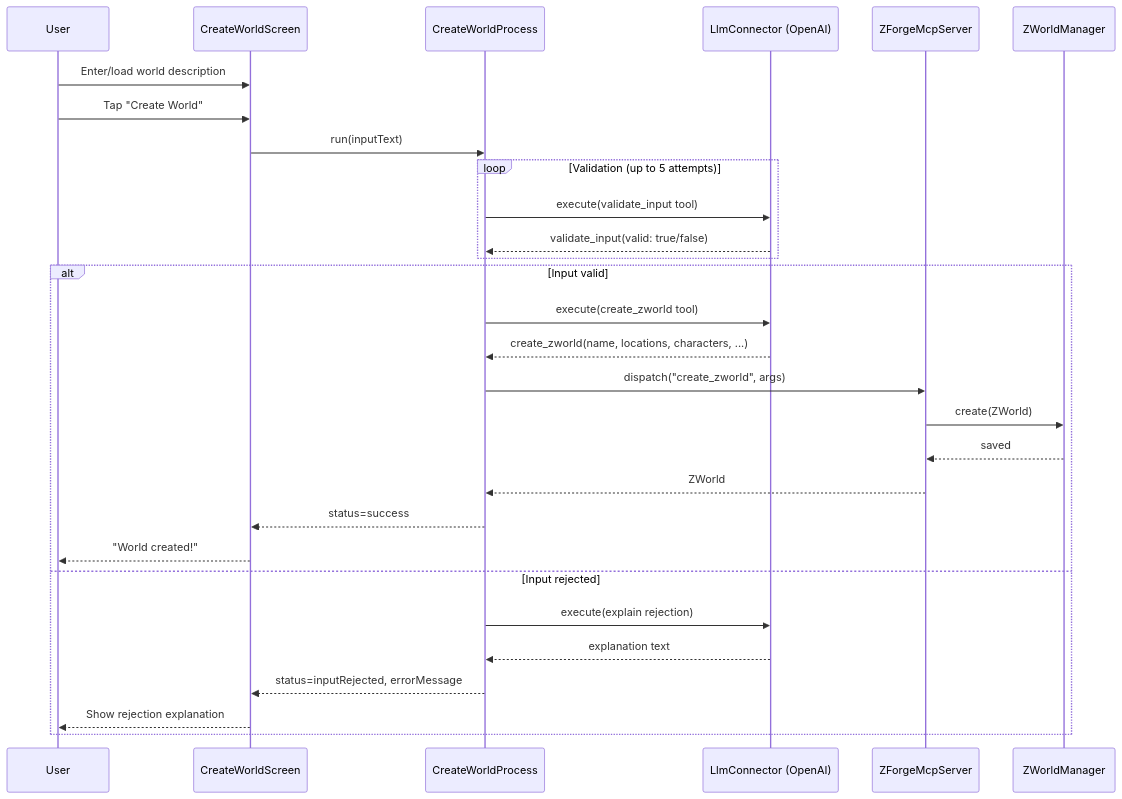
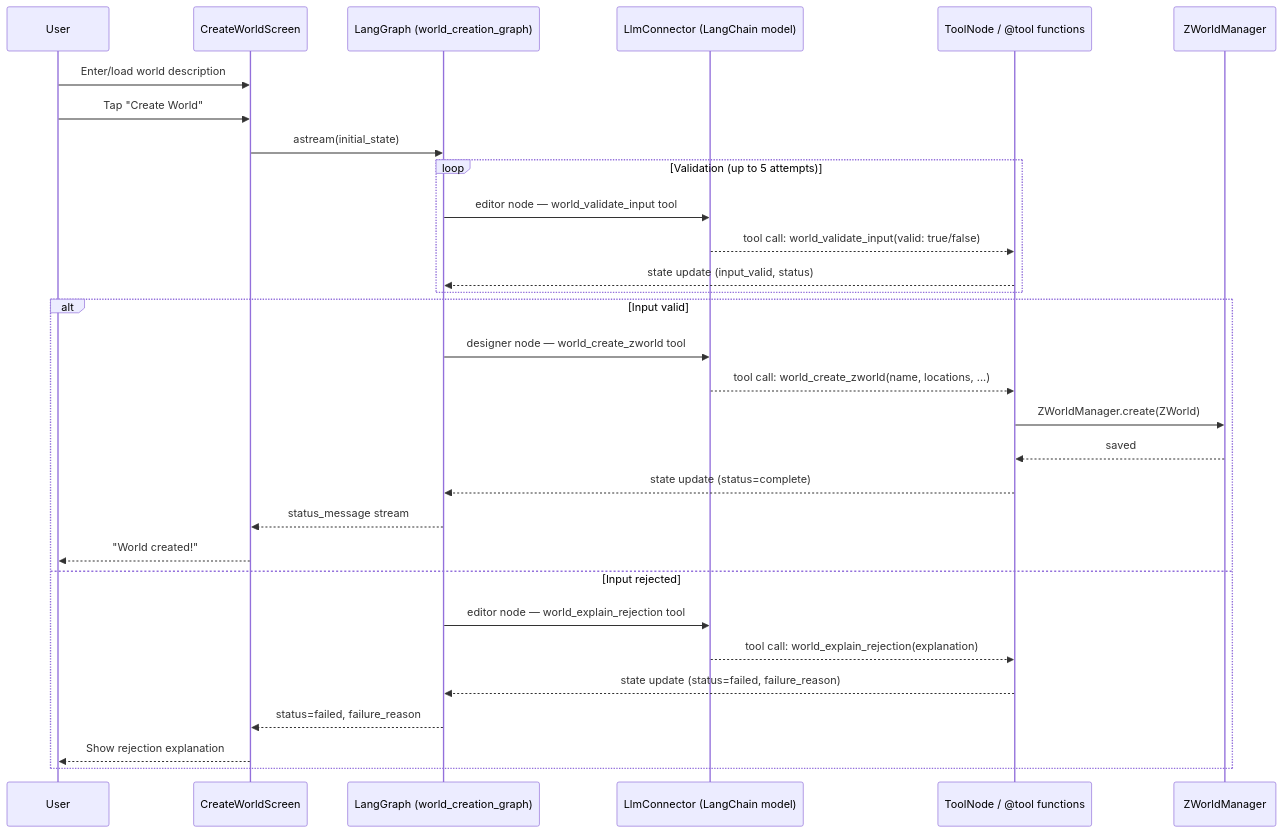
One commit to peterbaileyct/zforge changed the second of 2 diagrams in docs/World Generation.md. Above: the diagram before and after it, drawn with Mermaid. The commit also changed other lines of this file and 11 other files, not shown here.

````diff
--- a/docs/World Generation.md
+++ b/docs/World Generation.md
@@ -53,34 +55,35 @@
 ```mermaid
 sequenceDiagram
     participant U as User
     participant UI as CreateWorldScreen
-    participant P as CreateWorldProcess
-    participant LLM as LlmConnector (OpenAI)
-    participant MCP as ZForgeMcpServer
+    participant G as LangGraph (world_creation_graph)
+    participant LLM as LlmConnector (LangChain model)
+    participant TN as ToolNode / @tool functions
     participant WM as ZWorldManager
 
     U->>UI: Enter/load world description
     U->>UI: Tap "Create World"
-    UI->>P: run(inputText)
+    UI->>G: astream(initial_state)
 
     loop Validation (up to 5 attempts)
-        P->>LLM: execute(validate_input tool)
-        LLM-->>P: validate_input(valid: true/false)
+        G->>LLM: editor node — world_validate_input tool
+        LLM-->>TN: tool call: world_validate_input(valid: true/false)
+        TN-->>G: state update (input_valid, status)
     end
 
     alt Input valid
-        P->>LLM: execute(create_zworld tool)
-        LLM-->>P: create_zworld(name, locations, characters, ...)
-        P->>MCP: dispatch("create_zworld", args)
-        MCP->>WM: create(ZWorld)
-        WM-->>MCP: saved
-        MCP-->>P: ZWorld
-        P-->>UI: status=success
+        G->>LLM: designer node — world_create_zworld tool
+        LLM-->>TN: tool call: world_create_zworld(name, locations, ...)
+        TN->>WM: ZWorldManager.create(ZWorld)
+        WM-->>TN: saved
+        TN-->>G: state update (status=complete)
+        G-->>UI: status_message stream
         UI-->>U: "World created!"
     else Input rejected
-        P->>LLM: execute(explain rejection)
-        LLM-->>P: explanation text
-        P-->>UI: status=inputRejected, errorMessage
+        G->>LLM: editor node — world_explain_rejection tool
+        LLM-->>TN: tool call: world_explain_rejection(explanation)
+        TN-->>G: state update (status=failed, failure_reason)
+        G-->>UI: status=failed, failure_reason
         UI-->>U: Show rejection explanation
     end
 ```
````
